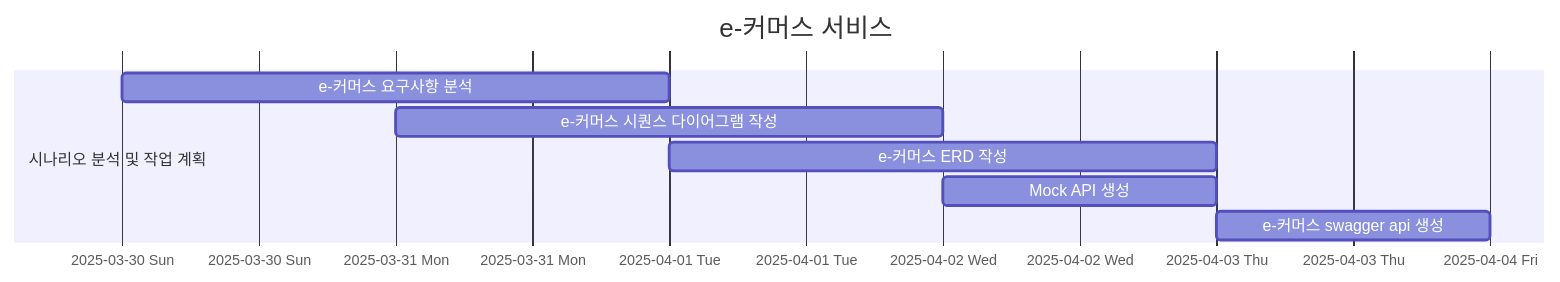
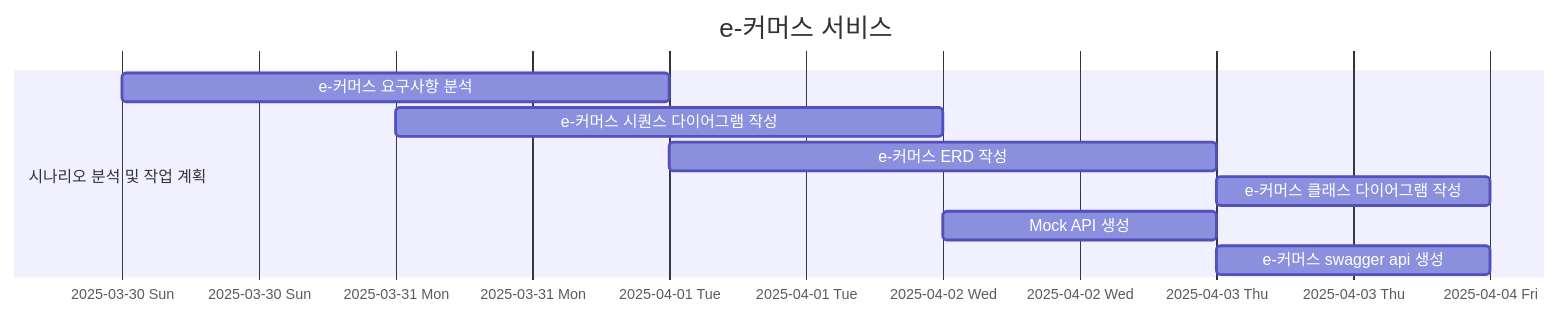
One commit to maengjjin/hhplus-service changed the diagram in docs/Milestone.md. Above: the diagram before and after it, drawn with Mermaid. The commit also changed 1 other file, not shown here.

Commit message:
- ClassDiagram 추가 및 마일스톤 문서 반영 (closes #6, #10)

````diff
--- a/docs/Milestone.md
+++ b/docs/Milestone.md
@@ -1,12 +1,13 @@
 ```mermaid
 gantt
     title e-커머스 서비스
     axisFormat %Y-%m-%d %a
     excludes saturday
     section 시나리오 분석 및 작업 계획
         e-커머스 요구사항 분석: 2025-03-30, 2d
         e-커머스 시퀀스 다이어그램 작성: 2025-03-31, 2d
         e-커머스 ERD 작성: 2025-04-01, 2d
+        e-커머스 클래스 다이어그램 작성: 2025-04-03, 1d
         Mock API 생성: 2025-04-02, 1d
         e-커머스 swagger api 생성: 2025-04-03, 1d
 ```
````
